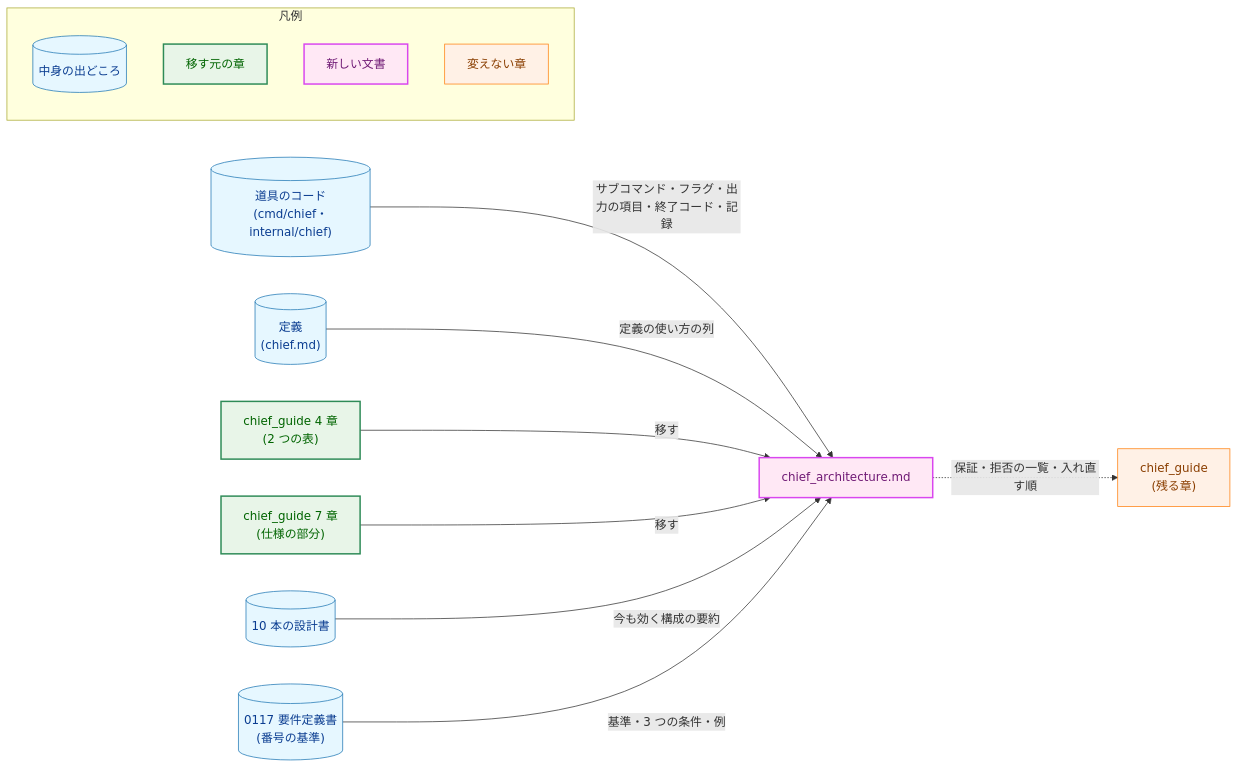
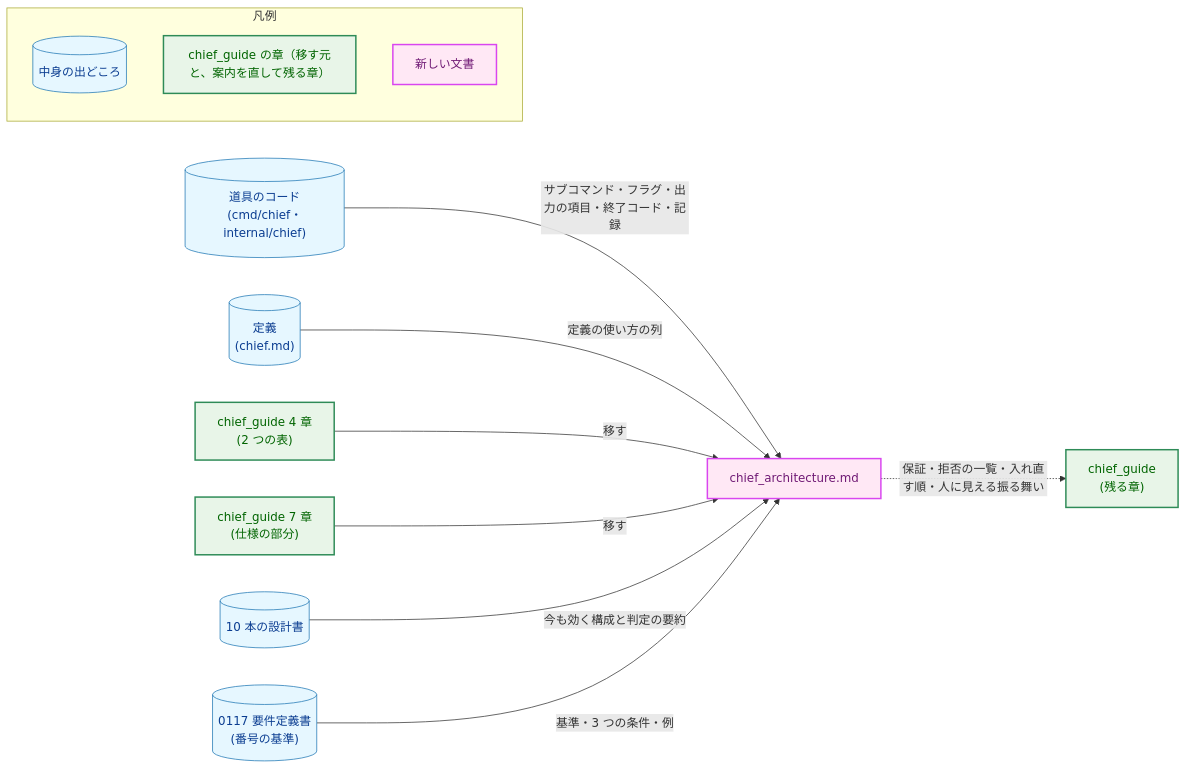
The second of 5 diagrams in docs/tasks/0117_chief_architecture_doc/02_architecture.md (isseis/yt2column), drawn with Mermaid before and after one commit. The commit also changed other lines of this file and 1 other file, not shown here.

First line of the commit message:
docs(0117): address the design review and prose pass on the architecture

````diff
--- a/docs/tasks/0117_chief_architecture_doc/02_architecture.md
+++ b/docs/tasks/0117_chief_architecture_doc/02_architecture.md
@@ -111,40 +174,36 @@
 ```mermaid
 flowchart LR
     classDef data fill:#e6f7ff,stroke:#1f77b4,stroke-width:1px,color:#0b3d91;
-    classDef process fill:#fff1e6,stroke:#ff7f0e,stroke-width:1px,color:#8a3e00;
     classDef enhanced fill:#e8f5e8,stroke:#2e8b57,stroke-width:2px,color:#006400;
     classDef newpkg fill:#ffe8f5,stroke:#d946ef,stroke-width:2px,color:#701a75;
 
     CODE[("道具のコード<br>(cmd/chief・internal/chief)")]
     DEFDOC[("定義<br>(chief.md)")]
     G4["chief_guide 4 章<br>(2 つの表)"]
     G7["chief_guide 7 章<br>(仕様の部分)"]
     DESIGNS[("10 本の設計書")]
     REQ[("0117 要件定義書<br>(番号の基準)")]
     ARCH["chief_architecture.md"]
     GREST["chief_guide<br>(残る章)"]
 
     CODE -->|"サブコマンド・フラグ・出力の項目・終了コード・記録"| ARCH
     DEFDOC -->|"定義の使い方の列"| ARCH
     G4 -->|"移す"| ARCH
     G7 -->|"移す"| ARCH
-    DESIGNS -->|"今も効く構成の要約"| ARCH
+    DESIGNS -->|"今も効く構成と判定の要約"| ARCH
     REQ -->|"基準・3 つの条件・例"| ARCH
-    ARCH -.->|"保証・拒否の一覧・入れ直す順"| GREST
+    ARCH -.->|"保証・拒否の一覧・入れ直す順・人に見える振る舞い"| GREST
 
     class CODE,DEFDOC,DESIGNS,REQ data
-    class G4,G7 enhanced
+    class G4,G7,GREST enhanced
     class ARCH newpkg
-    class GREST process
 
     subgraph Legend["凡例"]
         L1[("中身の出どころ")]
-        L2["移す元の章"]
+        L2["chief_guide の章（移す元と、案内を直して残る章）"]
         L3["新しい文書"]
-        L4["変えない章"]
     end
     class L1 data
     class L2 enhanced
     class L3 newpkg
-    class L4 process
 ```
````
